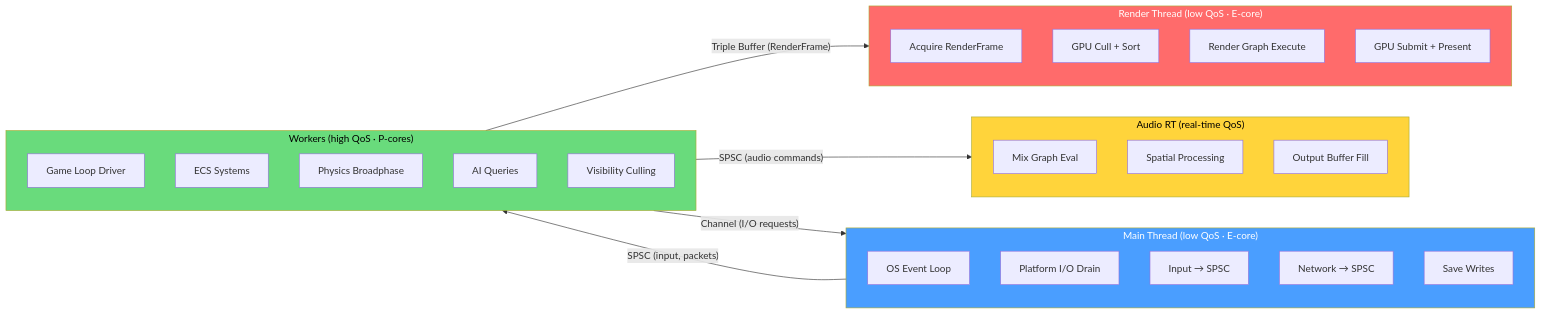
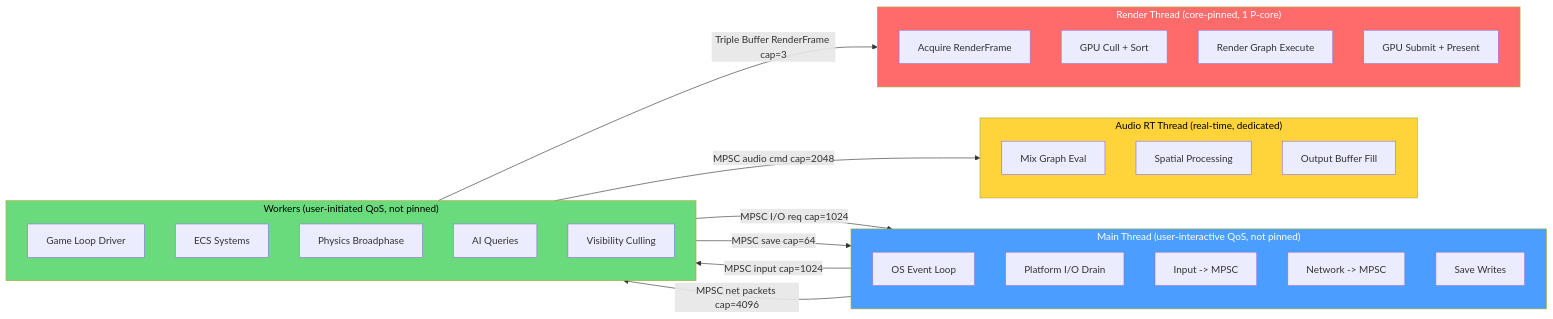
The second of 5 diagrams in docs/design/integration/high-level.md (harmonius-dev/harmonius), drawn with Mermaid before and after one commit. The commit also changed other lines of this file and 109 other files, not shown here.

````diff
--- a/docs/design/integration/high-level.md
+++ b/docs/design/integration/high-level.md
@@ -253,41 +264,43 @@
 ```mermaid
 flowchart LR
-    subgraph MT["Main Thread (low QoS · E-core)"]
+    subgraph MT["Main Thread (user-interactive QoS, not pinned)"]
         MT1[OS Event Loop]
         MT2[Platform I/O Drain]
-        MT3[Input → SPSC]
-        MT4[Network → SPSC]
+        MT3[Input -> MPSC]
+        MT4[Network -> MPSC]
         MT5[Save Writes]
     end
 
-    subgraph WK["Workers (high QoS · P-cores)"]
+    subgraph WK["Workers (user-initiated QoS, not pinned)"]
         WK1[Game Loop Driver]
         WK2[ECS Systems]
         WK3[Physics Broadphase]
         WK4[AI Queries]
         WK5[Visibility Culling]
     end
 
-    subgraph RT["Render Thread (low QoS · E-core)"]
+    subgraph RT["Render Thread (core-pinned, 1 P-core)"]
         RT1[Acquire RenderFrame]
         RT2[GPU Cull + Sort]
         RT3[Render Graph Execute]
         RT4[GPU Submit + Present]
     end
 
-    subgraph AT["Audio RT (real-time QoS)"]
+    subgraph AT["Audio RT Thread (real-time, dedicated)"]
         AT1[Mix Graph Eval]
         AT2[Spatial Processing]
         AT3[Output Buffer Fill]
     end
 
-    MT -->|"SPSC (input, packets)"| WK
-    WK -->|"Triple Buffer (RenderFrame)"| RT
-    WK -->|"SPSC (audio commands)"| AT
-    WK -->|"Channel (I/O requests)"| MT
+    MT -->|"MPSC input cap=1024"| WK
+    MT -->|"MPSC net packets cap=4096"| WK
+    WK -->|"Triple Buffer RenderFrame cap=3"| RT
+    WK -->|"MPSC audio cmd cap=2048"| AT
+    WK -->|"MPSC I/O req cap=1024"| MT
+    WK -->|"MPSC save cap=64"| MT
 
     style MT fill:#4a9eff,color:#fff
     style WK fill:#69db7c,color:#000
     style RT fill:#ff6b6b,color:#fff
     style AT fill:#ffd43b,color:#000
 ```
````
